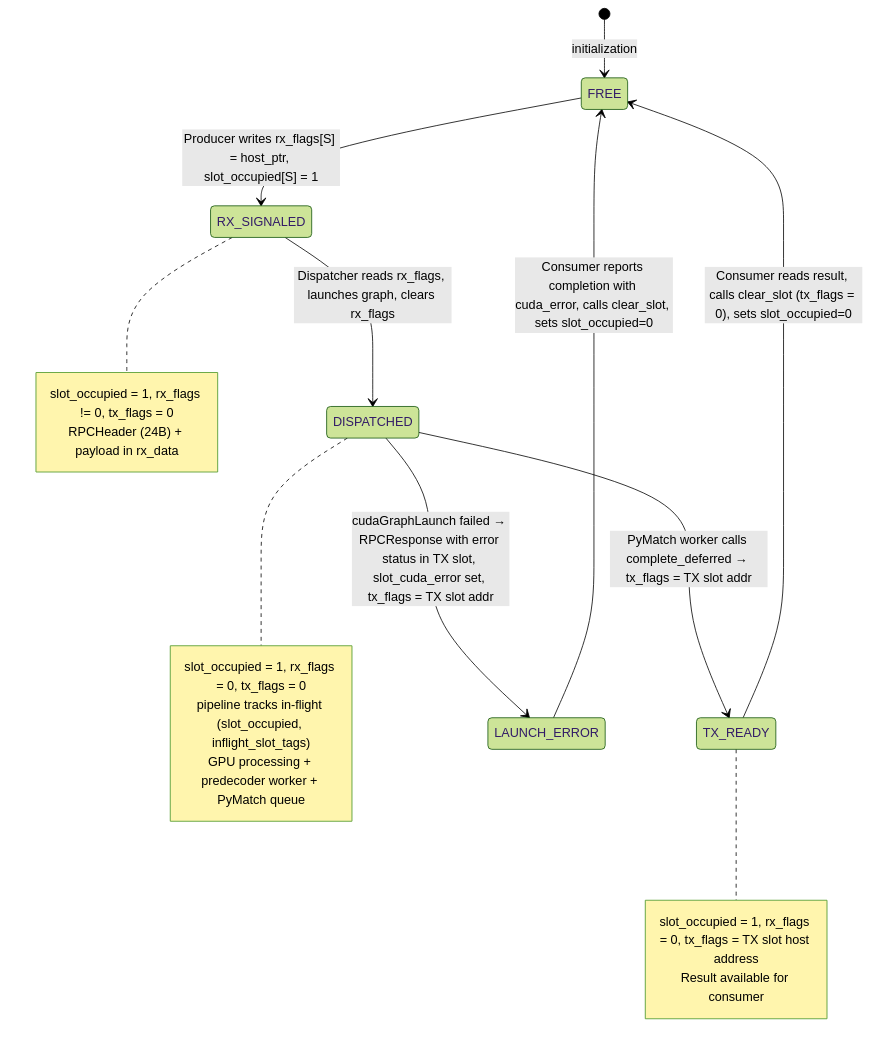
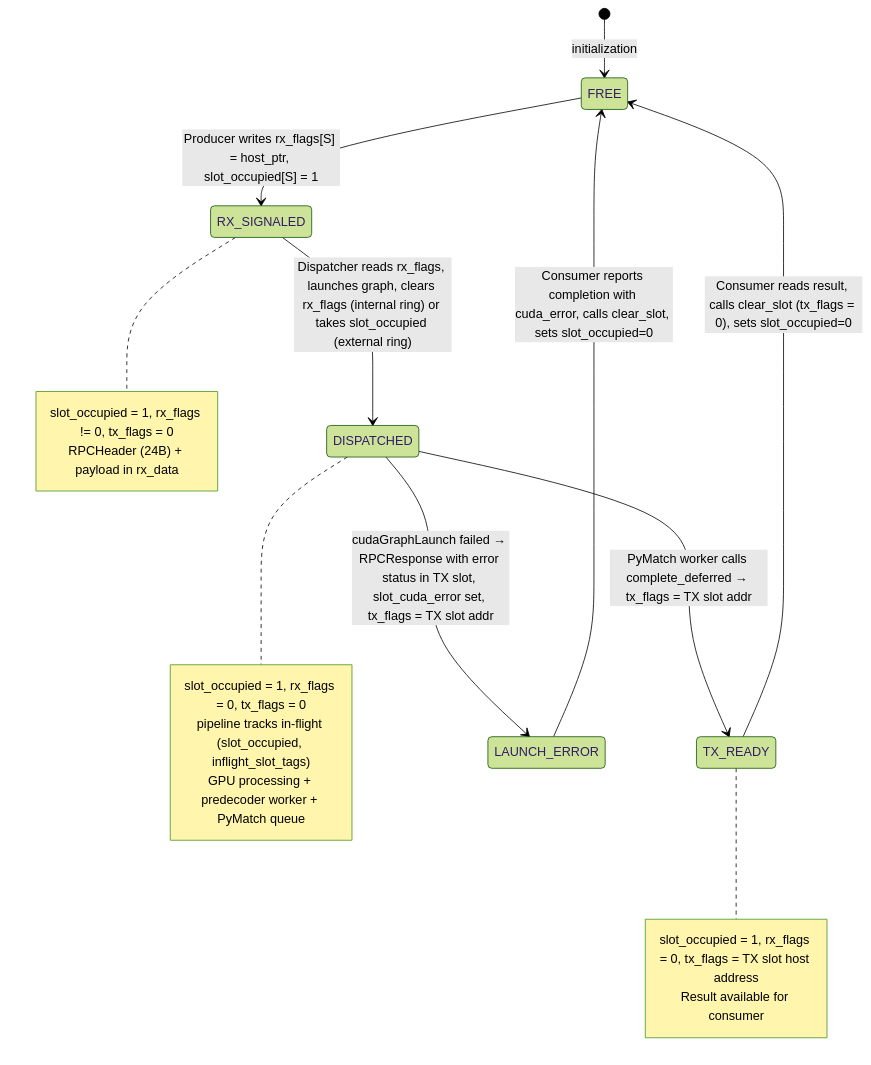
The fourth of 8 diagrams in libs/qec/lib/realtime/realtime_pipeline_architecture.md (NVIDIA/cudaq-qec), drawn with Mermaid (forest theme) before and after one commit. The commit also changed other lines of this file and 7 other files, not shown here.

First line of the commit message:
Hold an external-ring slot until its response is published

````diff
--- a/libs/qec/lib/realtime/realtime_pipeline_architecture.md
+++ b/libs/qec/lib/realtime/realtime_pipeline_architecture.md
@@ -270,28 +275,28 @@
 ```mermaid
 stateDiagram-v2
     [*] --> FREE : initialization
 
     FREE --> RX_SIGNALED : Producer writes rx_flags[S] = host_ptr, slot_occupied[S] = 1
     note right of RX_SIGNALED
         slot_occupied = 1, rx_flags != 0, tx_flags = 0
         RPCHeader (24B) + payload in rx_data
     end note
 
-    RX_SIGNALED --> DISPATCHED : Dispatcher reads rx_flags, launches graph, clears rx_flags
+    RX_SIGNALED --> DISPATCHED : Dispatcher reads rx_flags, launches graph, clears rx_flags (internal ring) or takes slot_occupied (external ring)
     note right of DISPATCHED
         slot_occupied = 1, rx_flags = 0, tx_flags = 0
         pipeline tracks in-flight (slot_occupied, inflight_slot_tags)
         GPU processing + predecoder worker + PyMatch queue
     end note
 
     DISPATCHED --> TX_READY : PyMatch worker calls complete_deferred → tx_flags = TX slot addr
     note right of TX_READY
         slot_occupied = 1, rx_flags = 0, tx_flags = TX slot host address
         Result available for consumer
     end note
 
     TX_READY --> FREE : Consumer reads result, calls clear_slot (tx_flags = 0), sets slot_occupied=0
 
     DISPATCHED --> LAUNCH_ERROR : cudaGraphLaunch failed → RPCResponse with error status in TX slot, slot_cuda_error set, tx_flags = TX slot addr
     LAUNCH_ERROR --> FREE : Consumer reports completion with cuda_error, calls clear_slot, sets slot_occupied=0
 ```
````
